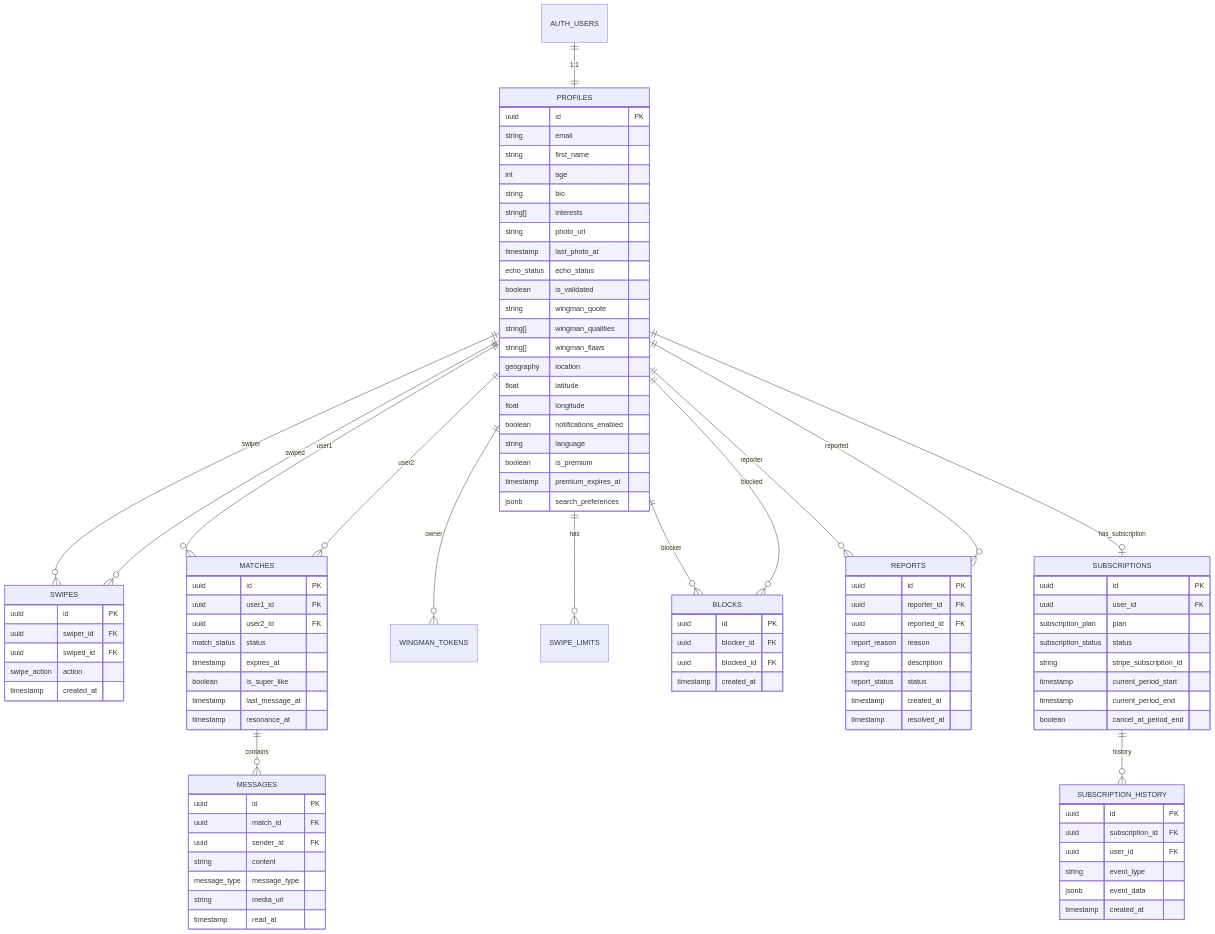
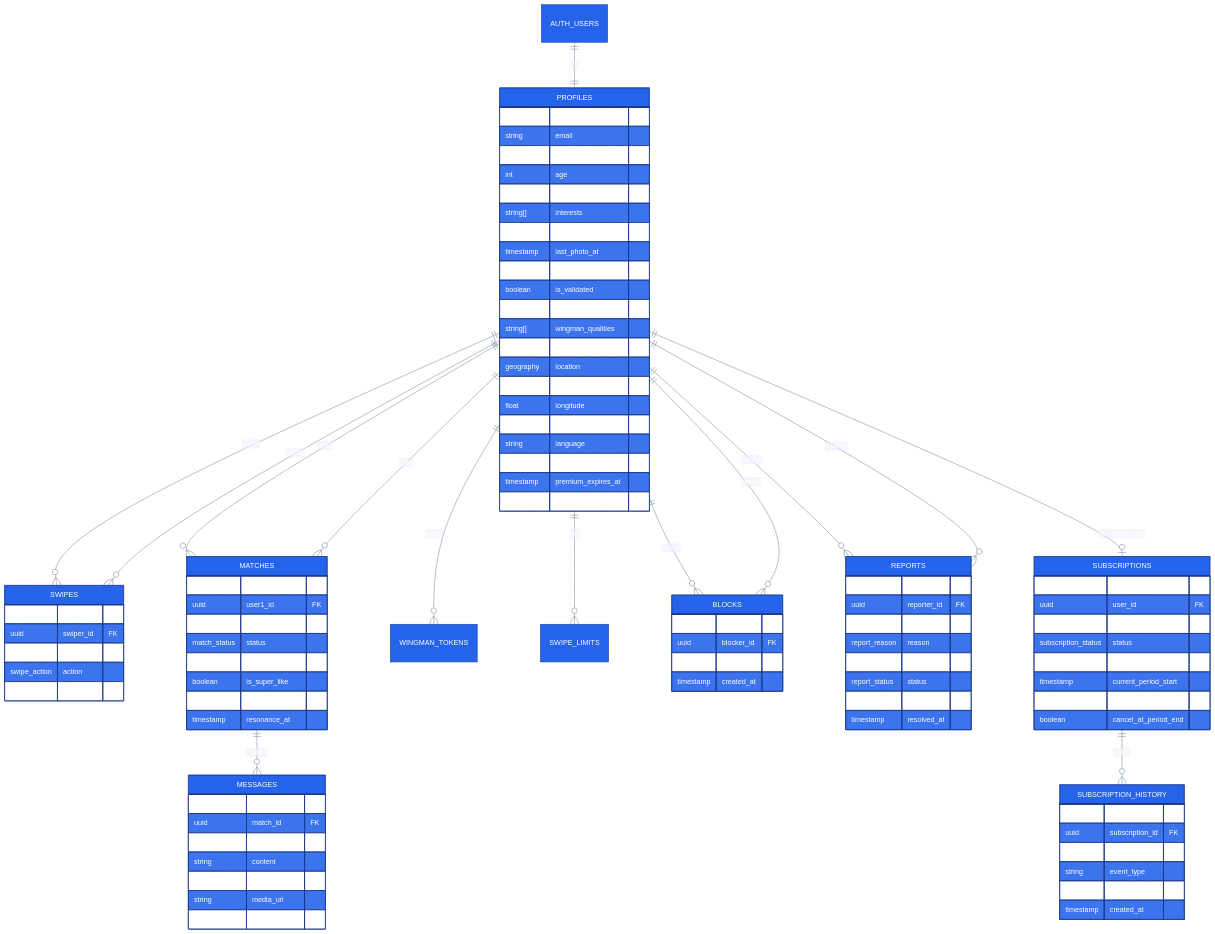
One commit to Adam-Blf/Echo changed the diagram in docs/ARCHITECTURE_DECISIONS.md. Above: the diagram before and after it, drawn with Mermaid. The commit also changed 2 other files, not shown here.

Commit message:
docs: add colors to mermaid diagrams (#9)
Each node gets a palette class (by subgraph or by flow depth), subgraphs are tinted, non-flowchart diagrams use a colored base theme. Validated by rendering every diagram before and after.

````diff
--- a/docs/ARCHITECTURE_DECISIONS.md
+++ b/docs/ARCHITECTURE_DECISIONS.md
@@ -230,4 +230,5 @@
 ```mermaid
+%%{init: {'theme':'base','themeVariables':{'primaryColor':'#2563eb','primaryTextColor':'#ffffff','primaryBorderColor':'#1e3a8a','lineColor':'#64748b','textColor':'#64748b','attributeBackgroundColorOdd':'#dbeafe','attributeBackgroundColorEven':'#eff6ff','tertiaryColor':'#ede9fe'}}}%%
 erDiagram
     AUTH_USERS ||--|| PROFILES : "1:1"
     PROFILES ||--o{ SWIPES : "swiper"
````
